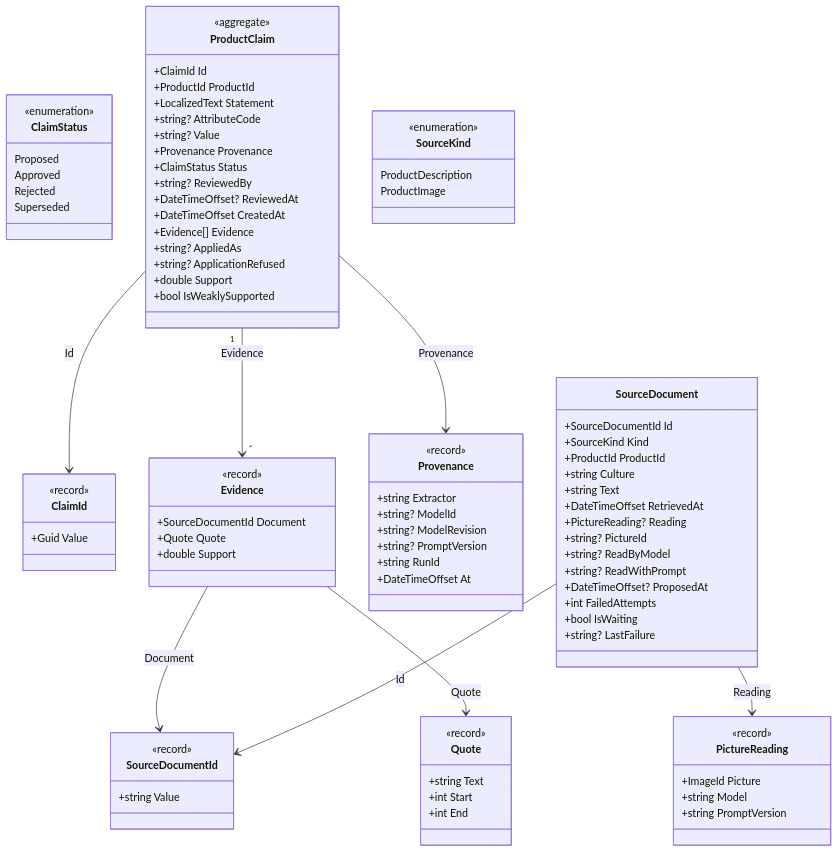
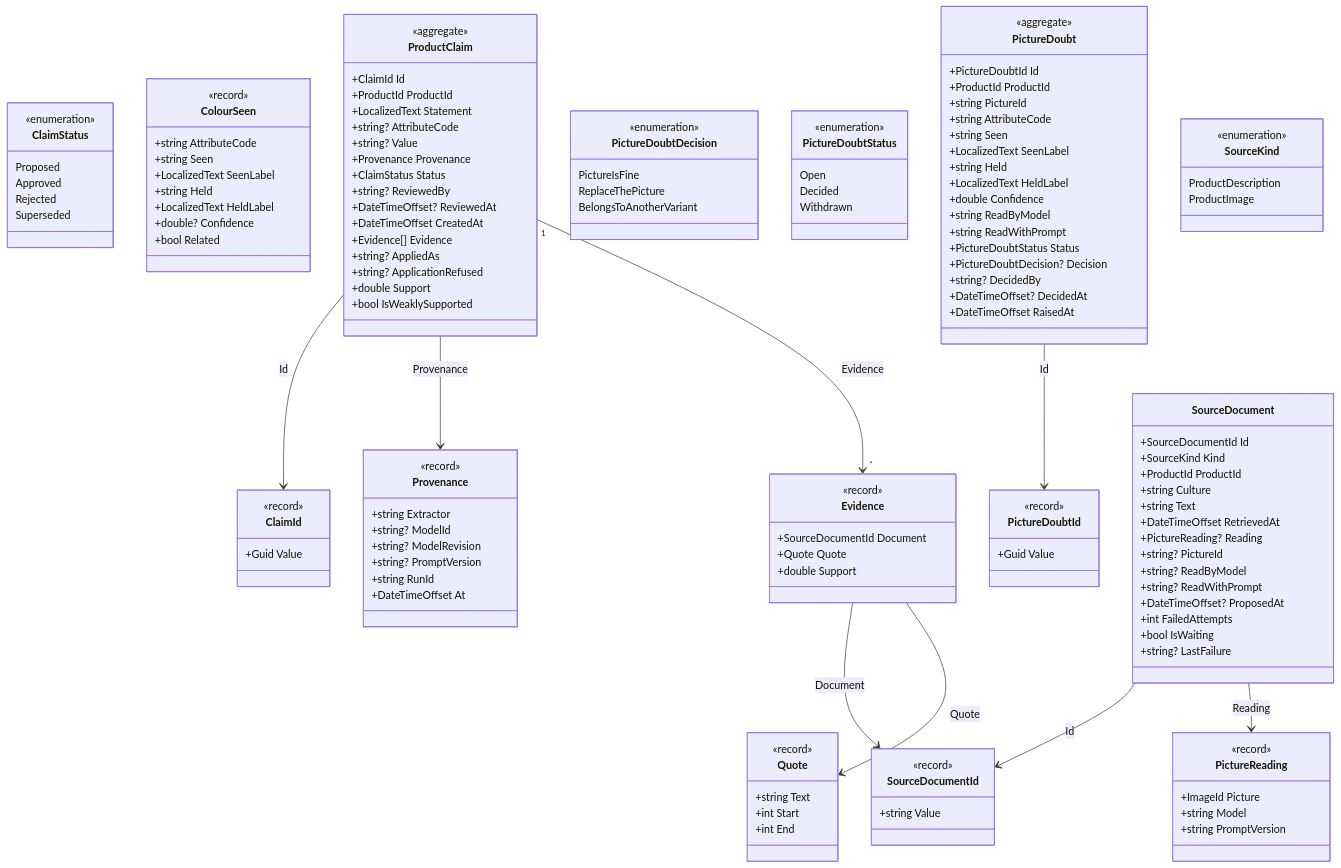
Before and after one commit to juanluelguerre/tendero: diagram 13 of 17 in docs/domain-model.md, drawn with Mermaid. The commit also changed other lines of this file and 45 other files, not shown here.

```diff
--- a/docs/domain-model.md
+++ b/docs/domain-model.md
@@ -894,11 +895,56 @@
         Rejected
         Superseded
     }
+    class ColourSeen {
+        <<record>>
+        +string AttributeCode
+        +string Seen
+        +LocalizedText SeenLabel
+        +string Held
+        +LocalizedText HeldLabel
+        +double? Confidence
+        +bool Related
+    }
     class Evidence {
         <<record>>
         +SourceDocumentId Document
         +Quote Quote
         +double Support
+    }
+    class PictureDoubt {
+        <<aggregate>>
+        +PictureDoubtId Id
+        +ProductId ProductId
+        +string PictureId
+        +string AttributeCode
+        +string Seen
+        +LocalizedText SeenLabel
+        +string Held
+        +LocalizedText HeldLabel
+        +double Confidence
+        +string ReadByModel
+        +string ReadWithPrompt
+        +PictureDoubtStatus Status
+        +PictureDoubtDecision? Decision
+        +string? DecidedBy
+        +DateTimeOffset? DecidedAt
+        +DateTimeOffset RaisedAt
+    }
+    class PictureDoubtDecision {
+        <<enumeration>>
+        PictureIsFine
+        ReplaceThePicture
+        BelongsToAnotherVariant
+    }
+    class PictureDoubtId {
+        <<record>>
+        +Guid Value
+    }
+    class PictureDoubtStatus {
+        <<enumeration>>
+        Open
+        Decided
+        Withdrawn
     }
     class PictureReading {
         <<record>>
@@ -966,6 +1012,7 @@
     }
     Evidence --> SourceDocumentId : Document
     Evidence --> Quote : Quote
+    PictureDoubt --> PictureDoubtId : Id
     ProductClaim --> ClaimId : Id
     ProductClaim --> Provenance : Provenance
     ProductClaim "1" --> "*" Evidence : Evidence
```
